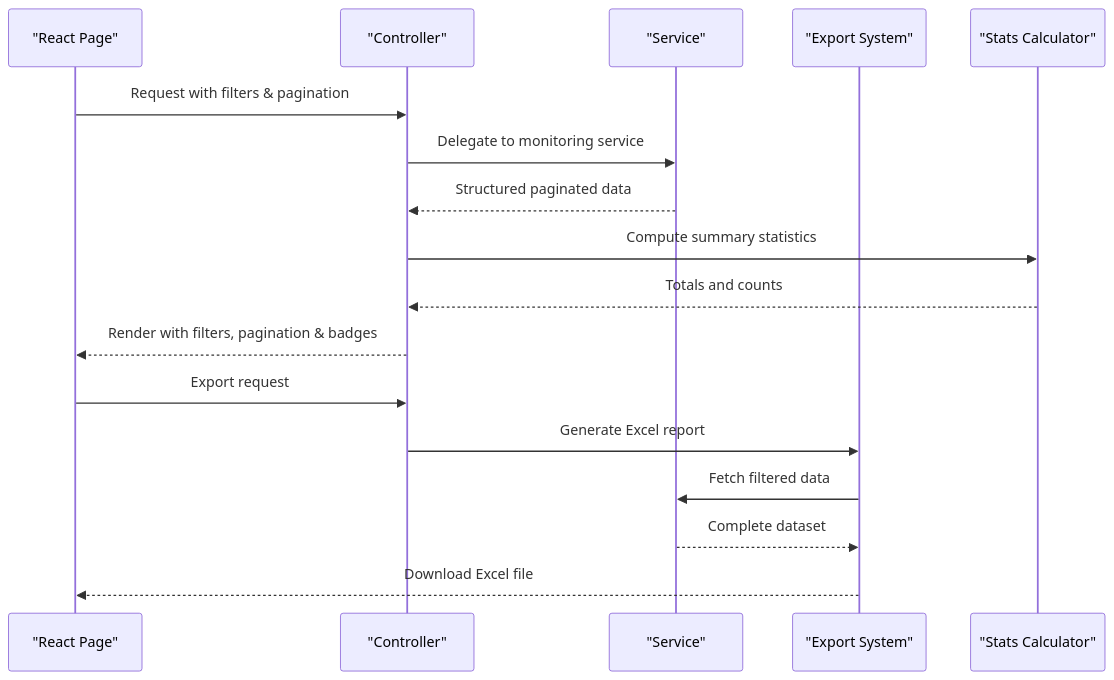
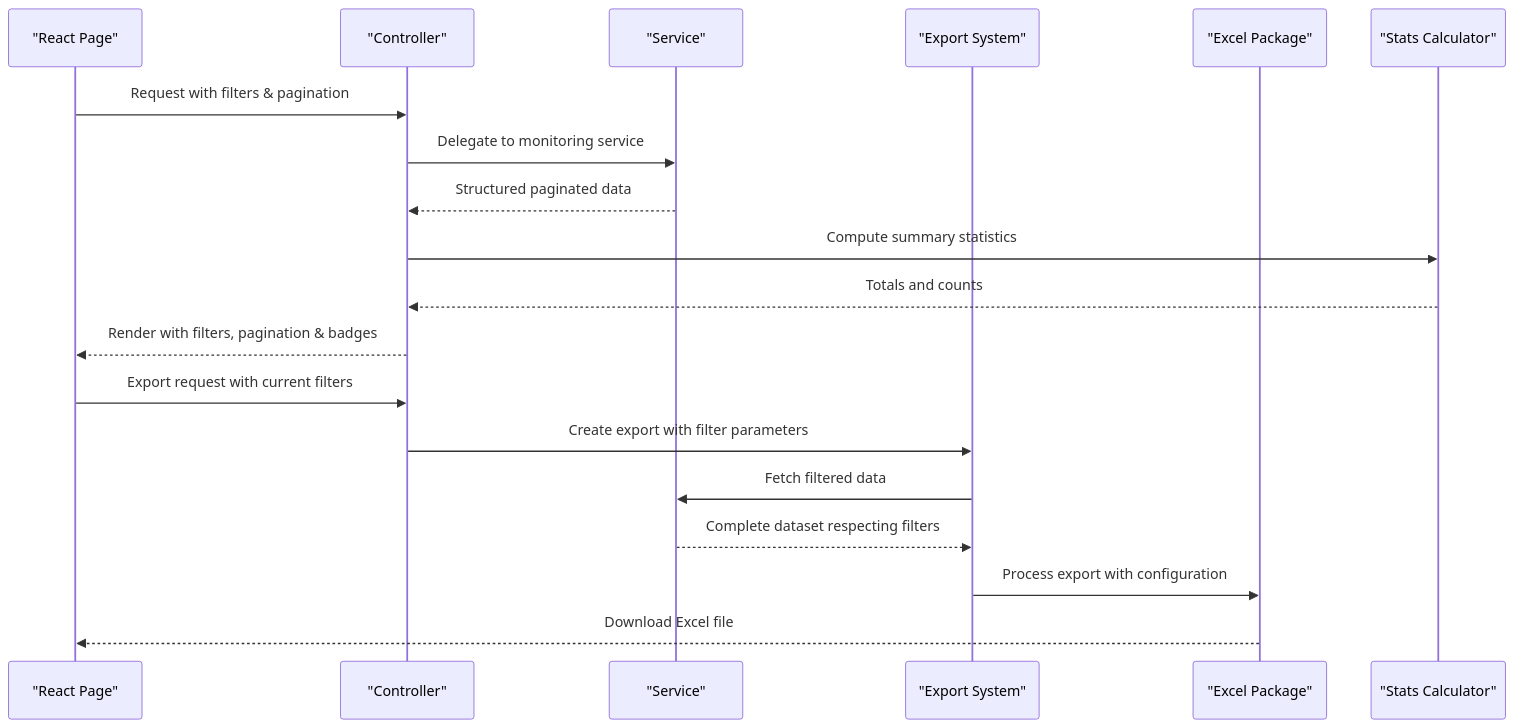
The fifth of 7 diagrams in .qoder/repowiki/en/content/Monitoring and Analytics System/Monitoring and Analytics System.md (PA-Penajam/kepegawaian_apps), drawn with Mermaid before and after one commit. The commit also changed other lines of this file and 5 other files, not shown here.

````diff
--- a/.qoder/repowiki/en/content/Monitoring and Analytics System/Monitoring and Analytics System.md
+++ b/.qoder/repowiki/en/content/Monitoring and Analytics System/Monitoring and Analytics System.md
@@ -277,19 +301,21 @@
 ```mermaid
 sequenceDiagram
 participant UI as "React Page"
 participant Ctrl as "Controller"
 participant Svc as "Service"
 participant Export as "Export System"
+participant Excel as "Excel Package"
 participant Stats as "Stats Calculator"
 UI->>Ctrl : Request with filters & pagination
 Ctrl->>Svc : Delegate to monitoring service
 Svc-->>Ctrl : Structured paginated data
 Ctrl->>Stats : Compute summary statistics
 Stats-->>Ctrl : Totals and counts
 Ctrl-->>UI : Render with filters, pagination & badges
-UI->>Ctrl : Export request
-Ctrl->>Export : Generate Excel report
+UI->>Ctrl : Export request with current filters
+Ctrl->>Export : Create export with filter parameters
 Export->>Svc : Fetch filtered data
-Svc-->>Export : Complete dataset
-Export-->>UI : Download Excel file
+Svc-->>Export : Complete dataset respecting filters
+Export->>Excel : Process export with configuration
+Excel-->>UI : Download Excel file
 ```
````
